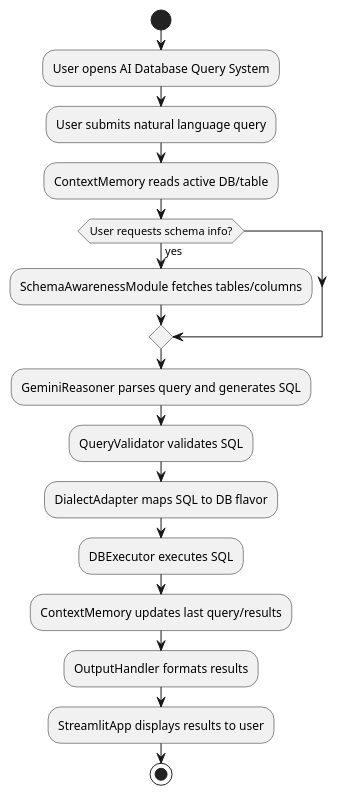
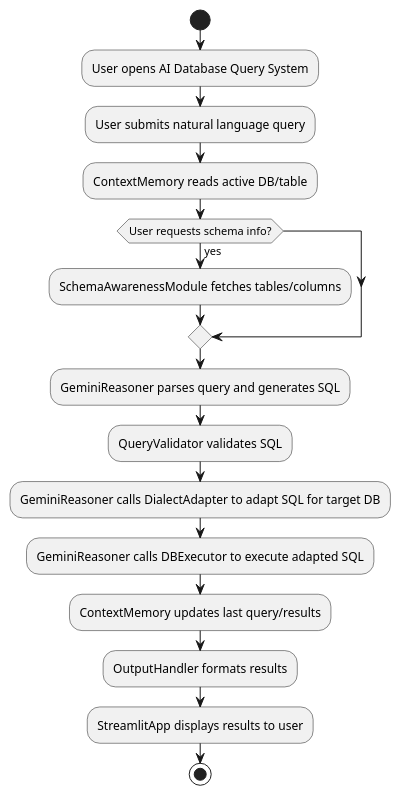
The diagram in activity.puml (BU-SENG/foss-project-cow-print), drawn with PlantUML before and after one commit.

```diff
--- a/activity.puml
+++ b/activity.puml
@@ -1,17 +1,17 @@
 @startuml
 start
 :User opens AI Database Query System;
 :User submits natural language query;
 :ContextMemory reads active DB/table;
 if (User requests schema info?) then (yes)
   :SchemaAwarenessModule fetches tables/columns;
 endif
 :GeminiReasoner parses query and generates SQL;
 :QueryValidator validates SQL;
-:DialectAdapter maps SQL to DB flavor;
-:DBExecutor executes SQL;
+:GeminiReasoner calls DialectAdapter to adapt SQL for target DB;
+:GeminiReasoner calls DBExecutor to execute adapted SQL;
 :ContextMemory updates last query/results;
 :OutputHandler formats results;
 :StreamlitApp displays results to user;
 stop
 @enduml
```
